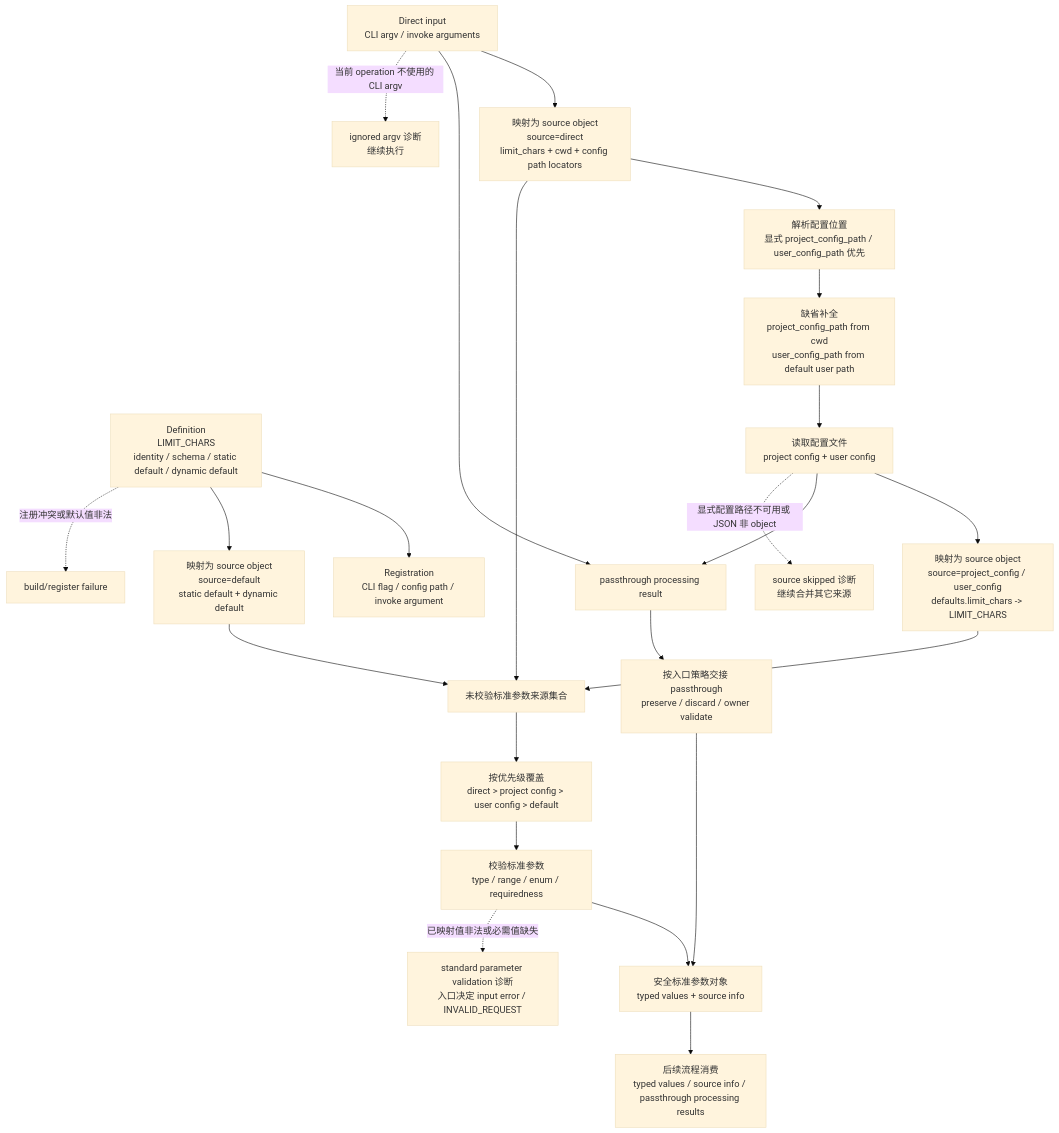
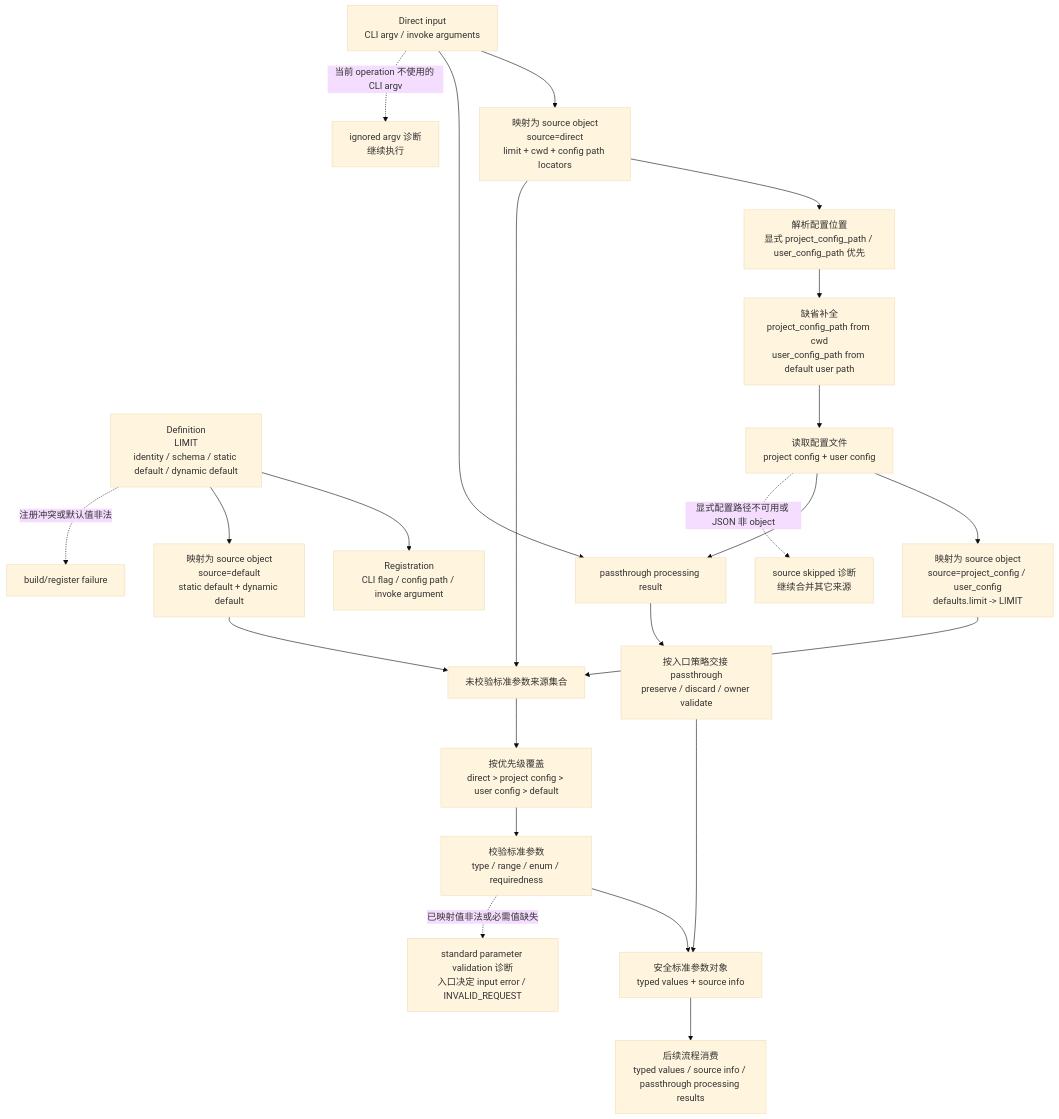
The diagram in docs/standard-parameters.md (zxyycom/docnav), drawn with Mermaid (base theme) before and after one commit. The commit also changed other lines of this file and 113 other files, not shown here.

````diff
--- a/docs/standard-parameters.md
+++ b/docs/standard-parameters.md
@@ -32,31 +34,31 @@
 ```mermaid
 flowchart TD
-  A["Definition<br/>LIMIT_CHARS<br/>identity / schema / static default / dynamic default"] --> B["Registration<br/>CLI flag / config path / invoke argument"]
+  A["Definition<br/>LIMIT<br/>identity / schema / static default / dynamic default"] --> B["Registration<br/>CLI flag / config path / invoke argument"]
 
-  C["Direct input<br/>CLI argv / invoke arguments"] --> D["映射为 source object<br/>source=direct<br/>limit_chars + cwd + config path locators"]
+  C["Direct input<br/>CLI argv / invoke arguments"] --> D["映射为 source object<br/>source=direct<br/>limit + cwd + config path locators"]
   D --> E["解析配置位置<br/>显式 project_config_path / user_config_path 优先"]
   E --> F["缺省补全<br/>project_config_path from cwd<br/>user_config_path from default user path"]
   F --> G["读取配置文件<br/>project config + user config"]
-  G --> H["映射为 source object<br/>source=project_config / user_config<br/>defaults.limit_chars -> LIMIT_CHARS"]
+  G --> H["映射为 source object<br/>source=project_config / user_config<br/>defaults.limit -> LIMIT"]
 
   A --> I["映射为 source object<br/>source=default<br/>static default + dynamic default"]
 
   D --> J["未校验标准参数来源集合"]
   H --> J
   I --> J
   J --> K["按优先级覆盖<br/>direct > project config > user config > default"]
   K --> L["校验标准参数<br/>type / range / enum / requiredness"]
   L --> M["安全标准参数对象<br/>typed values + source info"]
 
   C --> N["passthrough processing result"]
   G --> N
   N --> O["按入口策略交接 passthrough<br/>preserve / discard / owner validate"]
   O --> M
 
   M --> P["后续流程消费<br/>typed values / source info / passthrough processing results"]
 
   A -. "注册冲突或默认值非法" .-> X1["build/register failure"]
   G -. "显式配置路径不可用或 JSON 非 object" .-> X2["source skipped 诊断<br/>继续合并其它来源"]
   C -. "当前 operation 不使用的 CLI argv" .-> X3["ignored argv 诊断<br/>继续执行"]
   L -. "已映射值非法或必需值缺失" .-> X4["standard parameter validation 诊断<br/>入口决定 input error / INVALID_REQUEST"]
 ```
````
